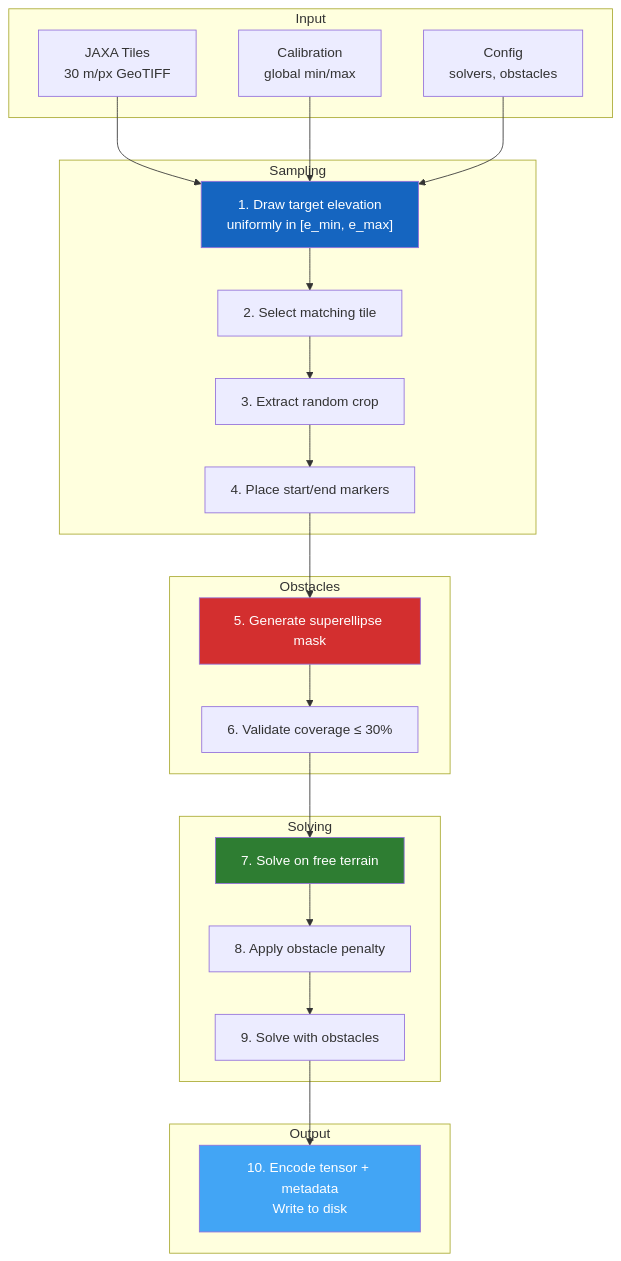
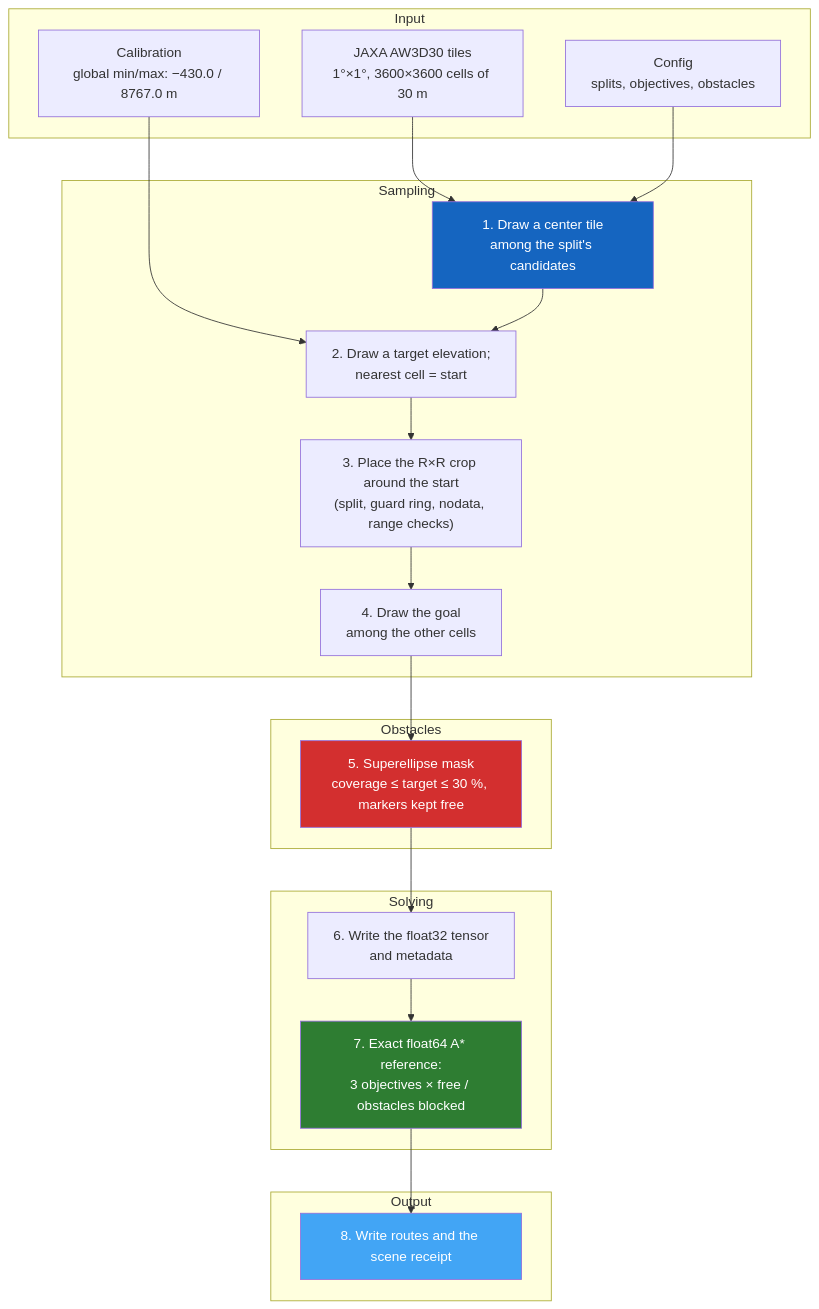
Before and after one commit to ThalesGroup/passage: the diagram in docs/generation/index.md, drawn with Mermaid. The commit also changed other lines of this file and 597 other files, not shown here.

````diff
--- a/docs/generation/index.md
+++ b/docs/generation/index.md
@@ -14,43 +14,41 @@
 ```mermaid
 flowchart TD
     subgraph Input
-        T[JAXA Tiles<br>30 m/px GeoTIFF]
-        C[Calibration<br>global min/max]
-        K[Config<br>solvers, obstacles]
+        T["JAXA AW3D30 tiles<br>1°×1°, 3600×3600 cells of 30 m"]
+        C["Calibration<br>global min/max: −430.0 / 8767.0 m"]
+        K["Config<br>splits, objectives, obstacles"]
     end
 
     subgraph Sampling
-        S1["1. Draw target elevation<br>uniformly in [e_min, e_max]"]
-        S2[2. Select matching tile]
-        S3[3. Extract random crop]
-        S4[4. Place start/end markers]
+        S1["1. Draw a center tile<br>among the split's candidates"]
+        S2["2. Draw a target elevation;<br>nearest cell = start"]
+        S3["3. Place the R×R crop around the start<br>(split, guard ring, nodata, range checks)"]
+        S4["4. Draw the goal<br>among the other cells"]
     end
 
     subgraph Obstacles
-        O1[5. Generate superellipse mask]
-        O2[6. Validate coverage ≤ 30%]
+        O1["5. Superellipse mask<br>coverage ≤ target ≤ 30 %, markers kept free"]
     end
 
     subgraph Solving
-        P1[7. Solve on free terrain]
-        P2[8. Apply obstacle penalty]
-        P3[9. Solve with obstacles]
+        P1["6. Write the float32 tensor<br>and metadata"]
+        P2["7. Exact float64 A* reference:<br>3 objectives × free / obstacles blocked"]
     end
 
     subgraph Output
-        OUT[10. Encode tensor + metadata<br>Write to disk]
+        OUT["8. Write routes and the scene receipt"]
     end
 
     T --> S1
-    C --> S1
+    C --> S2
     K --> S1
     S1 --> S2 --> S3 --> S4
-    S4 --> O1 --> O2
-    O2 --> P1 --> P2 --> P3
-    P3 --> OUT
+    S4 --> O1
+    O1 --> P1 --> P2
+    P2 --> OUT
 
     style S1 fill:#1565C0,color:#fff
     style O1 fill:#D32F2F,color:#fff
-    style P1 fill:#2E7D32,color:#fff
+    style P2 fill:#2E7D32,color:#fff
     style OUT fill:#42A5F5,color:#fff
 ```
````
